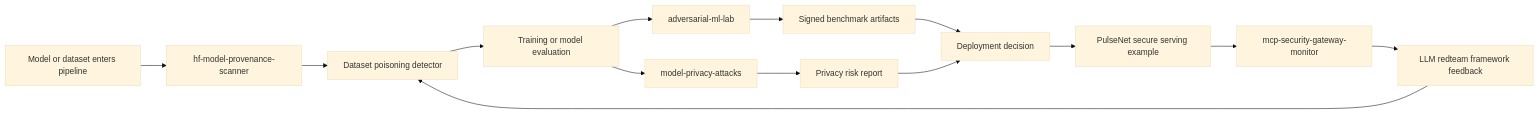
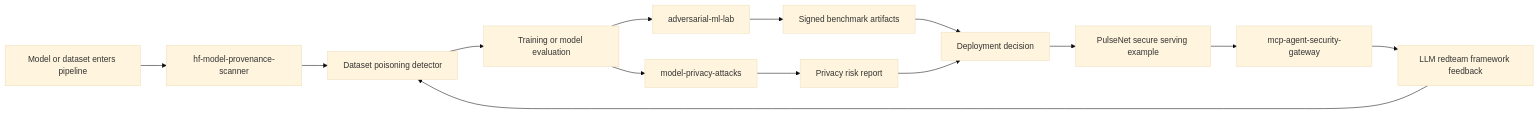
Before and after one commit to poojakira/unified-ml-security-platform: the first of 2 diagrams in docs/PORTFOLIO_HONESTY_REPORT.md, drawn with Mermaid (base theme). The commit also changed other lines of this file and 10 other files, not shown here.

Commit message:
Refresh MCP gateway references

````diff
--- a/docs/PORTFOLIO_HONESTY_REPORT.md
+++ b/docs/PORTFOLIO_HONESTY_REPORT.md
@@ -33,16 +33,16 @@
 ```mermaid
 flowchart LR
     A[Model or dataset enters pipeline] --> B[hf-model-provenance-scanner]
     B --> C[Dataset poisoning detector]
     C --> D[Training or model evaluation]
     D --> E[adversarial-ml-lab]
     D --> F[model-privacy-attacks]
     E --> G[Signed benchmark artifacts]
     F --> H[Privacy risk report]
     G --> I[Deployment decision]
     H --> I
     I --> J[PulseNet secure serving example]
-    J --> K[mcp-security-gateway-monitor]
+    J --> K[mcp-agent-security-gateway]
     K --> L[LLM redteam framework feedback]
     L --> C
 ```
````
